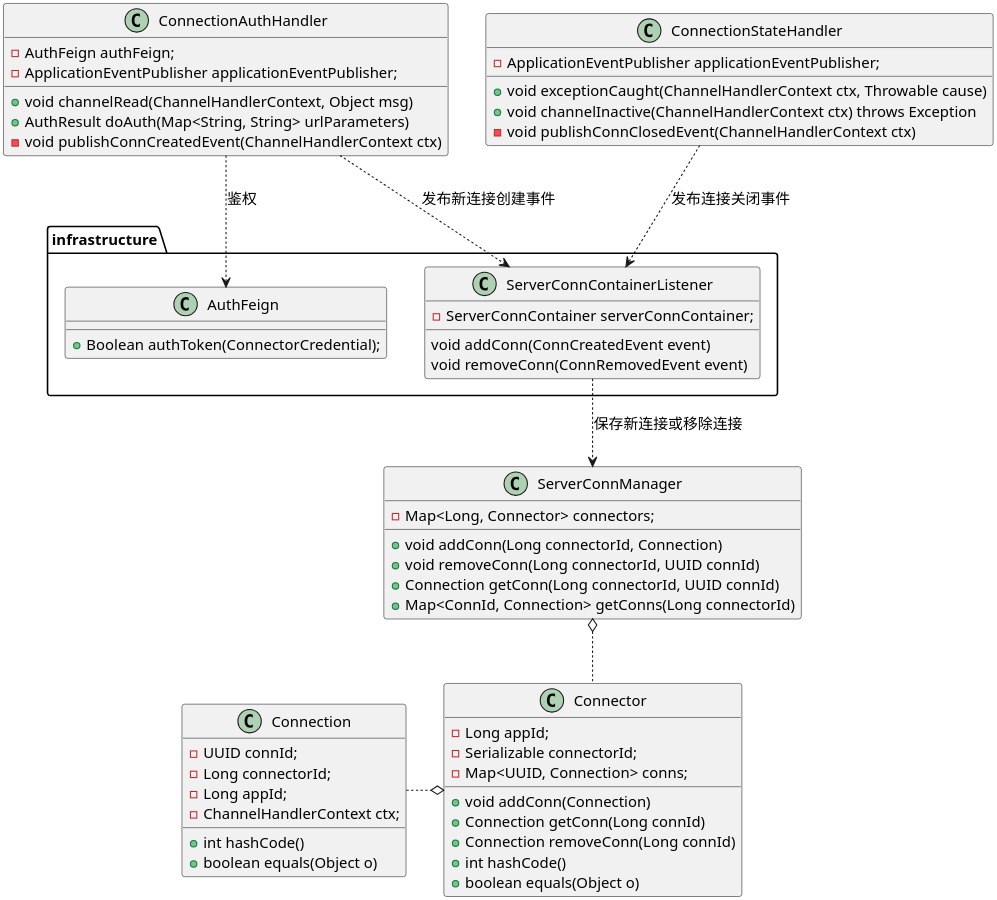
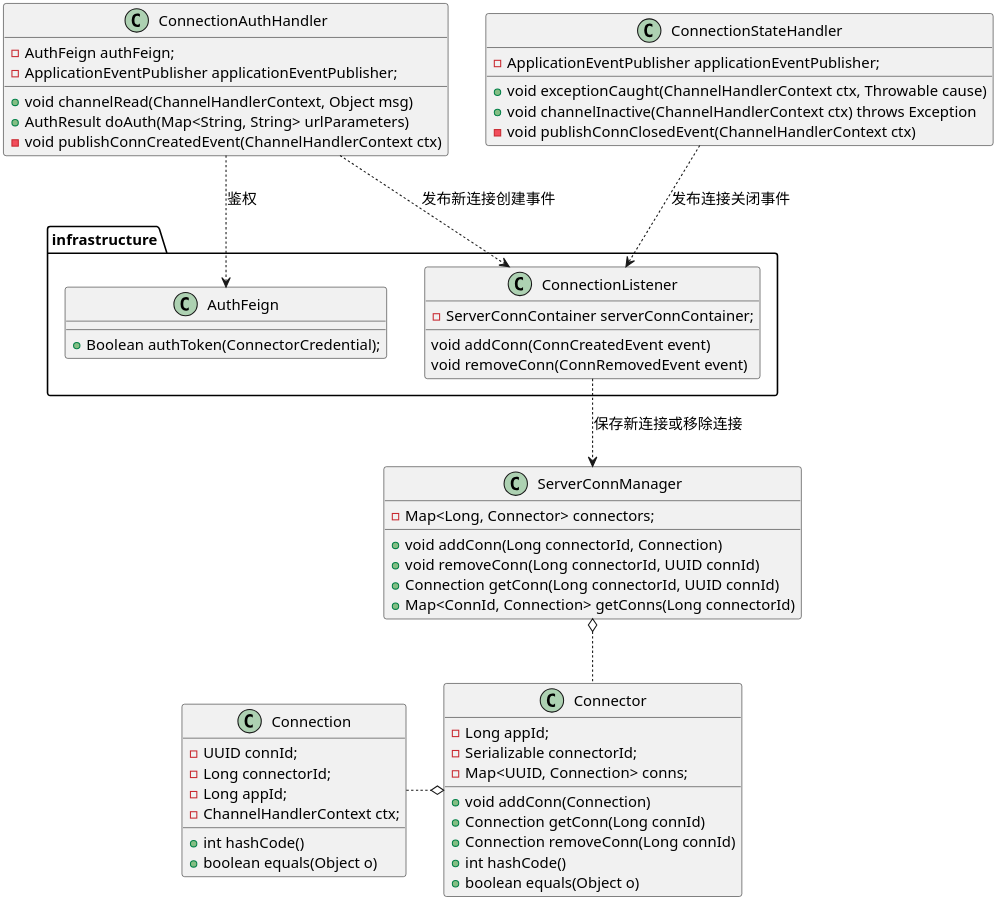
Before and after one commit to Etherealss/MessagePusher: the diagram in uml/connect/连接/Netty连接创建、验证、维护与关闭 简化.puml, drawn with PlantUML. The commit also changed 10 other files, not shown here.

```diff
--- a/uml/connect/连接/Netty连接创建、验证、维护与关闭 简化.puml
+++ b/uml/connect/连接/Netty连接创建、验证、维护与关闭 简化.puml
@@ -1,76 +1,76 @@
 @startuml
 'https://plantuml.com/class-diagram
 skinparam shadowing false
 skinparam defaultFontName xfonts-wqy
 skinparam dpi 300
 skinparam activity  {
     DiamondFontSize 14
     ArrowFontSize 14
     FontSize 14
 }
 
 package infrastructure {
     class AuthFeign {
         + Boolean authToken(ConnectorCredential);
     }
 
-    class ServerConnContainerListener {
+    class ConnectionListener {
         - ServerConnContainer serverConnContainer;
         void addConn(ConnCreatedEvent event)
         void removeConn(ConnRemovedEvent event)
     }
 }
 
 class ConnectionAuthHandler  {
     - AuthFeign authFeign;
     - ApplicationEventPublisher applicationEventPublisher;
     + void channelRead(ChannelHandlerContext, Object msg)
     + AuthResult doAuth(Map<String, String> urlParameters)
     - void publishConnCreatedEvent(ChannelHandlerContext ctx)
 }
 class ServerConnManager {
     - Map<Long, Connector> connectors;
     + void addConn(Long connectorId, Connection)
     + void removeConn(Long connectorId, UUID connId)
     + Connection getConn(Long connectorId, UUID connId)
     + Map<ConnId, Connection> getConns(Long connectorId)
 }
 
 class Connector {
     - Long appId;
     - Serializable connectorId;
     - Map<UUID, Connection> conns;
     + void addConn(Connection)
     + Connection getConn(Long connId)
     + Connection removeConn(Long connId)
     + int hashCode()
     + boolean equals(Object o)
 }
 
 class Connection {
     - UUID connId;
     - Long connectorId;
     - Long appId;
     - ChannelHandlerContext ctx;
     + int hashCode()
     + boolean equals(Object o)
 }
 
 class ConnectionStateHandler  {
     - ApplicationEventPublisher applicationEventPublisher;
     + void exceptionCaught(ChannelHandlerContext ctx, Throwable cause)
     + void channelInactive(ChannelHandlerContext ctx) throws Exception
     - void publishConnClosedEvent(ChannelHandlerContext ctx)
 }
 
 
 
-ConnectionStateHandler ..> ServerConnContainerListener: 发布连接关闭事件
+ConnectionStateHandler ..> ConnectionListener: 发布连接关闭事件
 ConnectionAuthHandler ..> AuthFeign: 鉴权
 
-ConnectionAuthHandler ..> ServerConnContainerListener: 发布新连接创建事件
-ServerConnContainerListener ..> ServerConnManager: 保存新连接或移除连接
+ConnectionAuthHandler ..> ConnectionListener: 发布新连接创建事件
+ConnectionListener ..> ServerConnManager: 保存新连接或移除连接
 ServerConnManager o.. Connector
 Connection .o Connector
 
 @enduml
```
